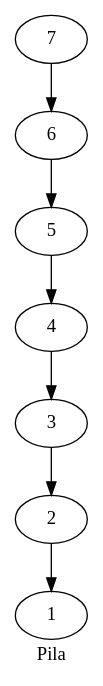
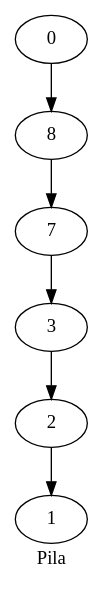
The diagram in Python/Pila.dot (200915305/Practica2s12017_200915305), drawn with Graphviz before and after one commit. The commit also changed 10 other files, not shown here.

```diff
--- a/Python/Pila.dot
+++ b/Python/Pila.dot
@@ -1,18 +1,16 @@
 digraph Pila{
 label = "Pila"
 
-	Node0[label = "7"];
-	Node1[label = "6"];
-	Node2[label = "5"];
-	Node3[label = "4"];
-	Node4[label = "3"];
-	Node5[label = "2"];
-	Node6[label = "1"];
+	Node0[label = "0"];
+	Node1[label = "8"];
+	Node2[label = "7"];
+	Node3[label = "3"];
+	Node4[label = "2"];
+	Node5[label = "1"];
 
 	Node0 -> Node1;
 	Node1 -> Node2;
 	Node2 -> Node3;
 	Node3 -> Node4;
 	Node4 -> Node5;
-	Node5 -> Node6;
 }
```
